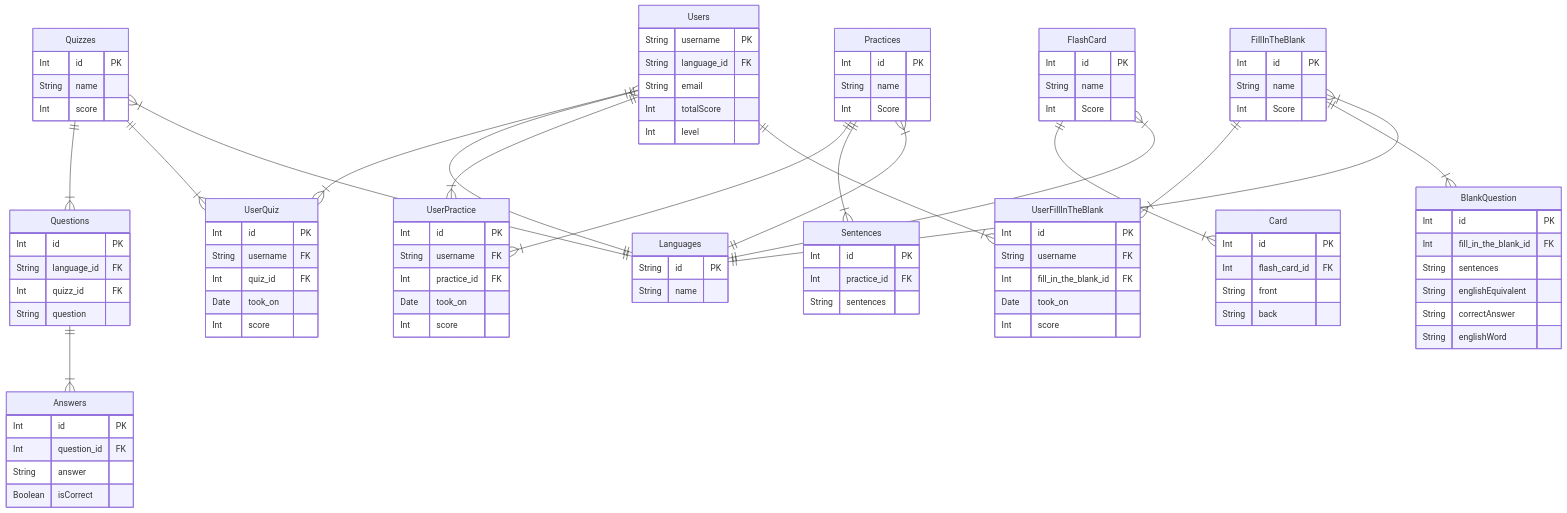
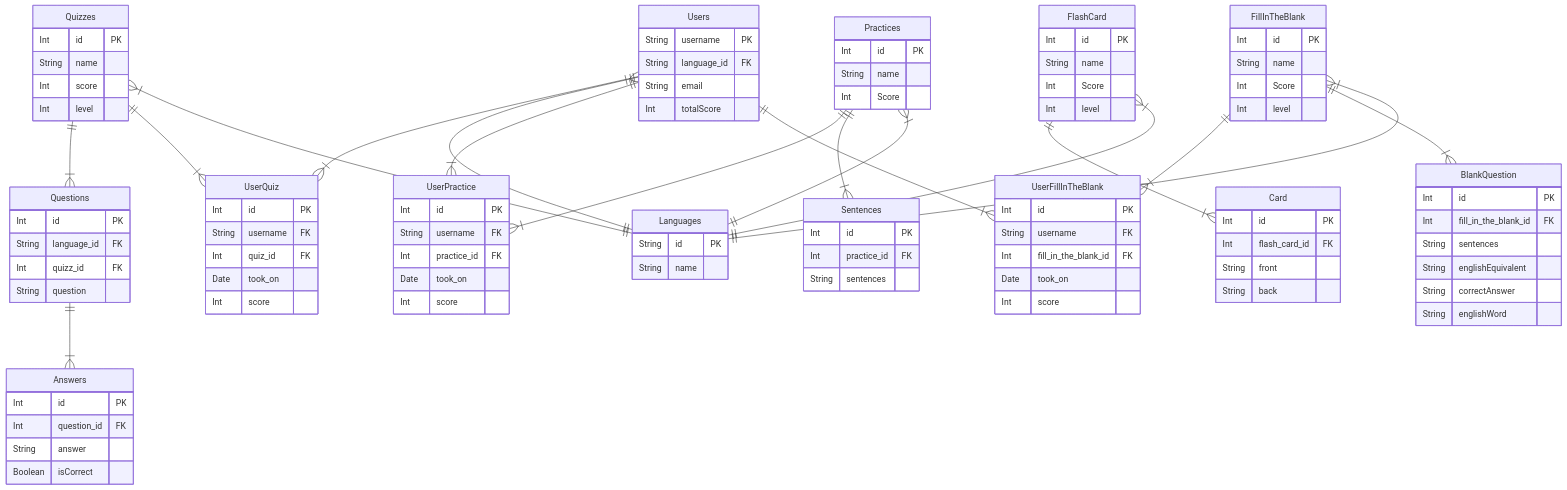
One commit to Capstone-Projects-2023-Fall/project-language-learning-discord-bot changed the diagram in documentation/docs/system-architecture/database-diagrams.md. Above: the diagram before and after it, drawn with Mermaid. The commit also changed other lines of this file, not shown here.

```diff
--- a/documentation/docs/system-architecture/database-diagrams.md
+++ b/documentation/docs/system-architecture/database-diagrams.md
@@ -18,7 +18,6 @@
   String language_id FK
   String email
   Int totalScore
-  Int level
 }
 
 Languages {
@@ -39,6 +38,7 @@
   Int id PK
   String name
   Int score
+  Int level
 }
 
 Questions {
@@ -79,6 +79,7 @@
   Int id PK
   String name
   Int Score
+  Int level
 }
 
 UserFillInTheBlank {
@@ -102,6 +103,7 @@
   Int id PK
   String name
   Int Score
+  Int level
 }
 
 Card {
```
